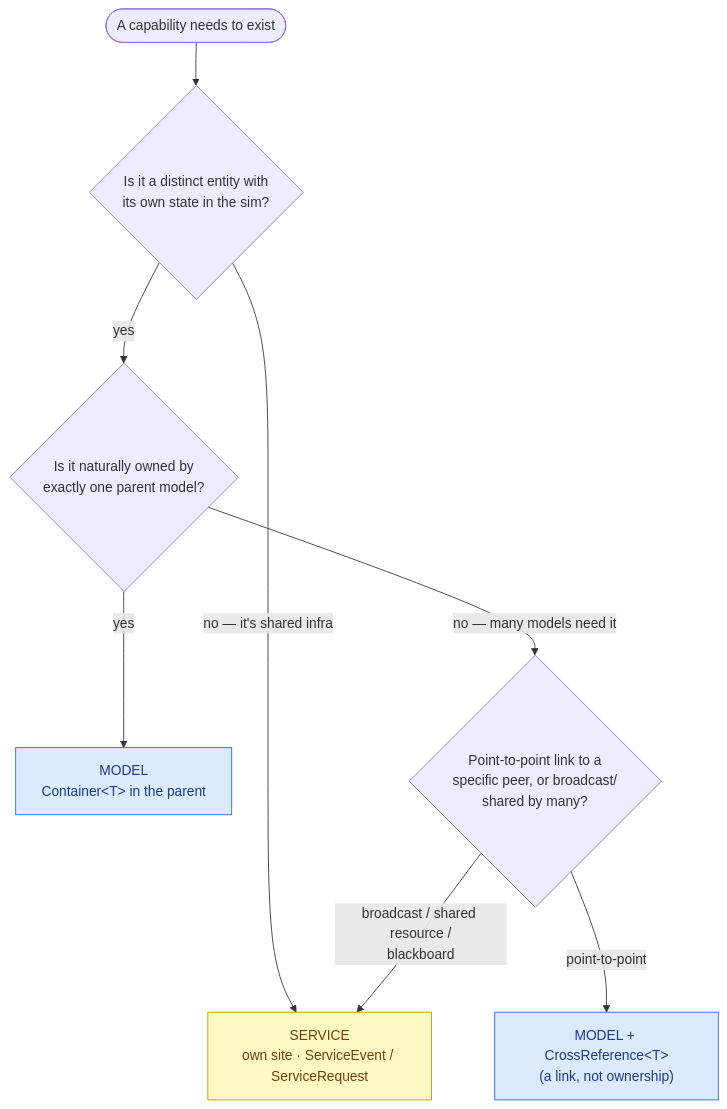
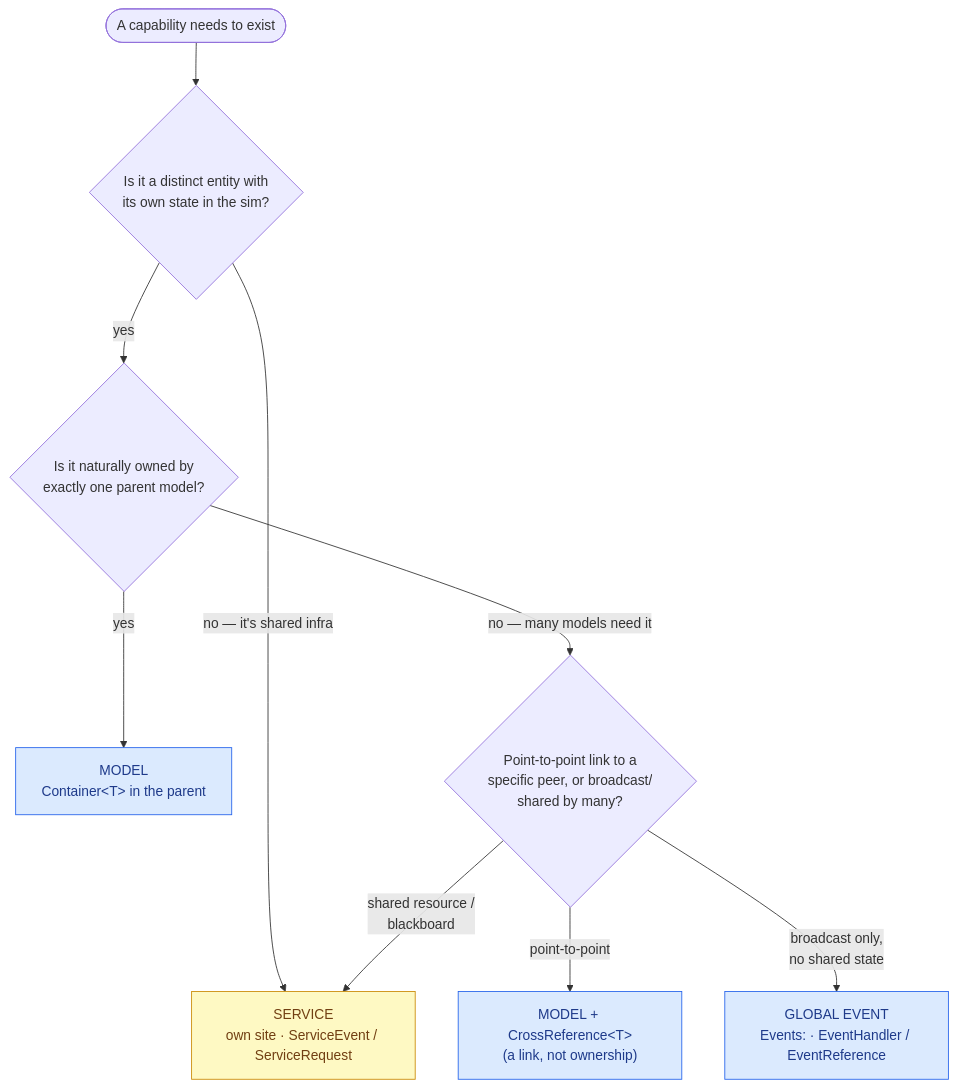
The second of 2 diagrams in public/content/model-vs-service.md (SimulaSharp-org/simulasharp-docs), drawn with Mermaid before and after one commit. The commit also changed other lines of this file and 3 other files, not shown here.

Commit message:
Bring the model, containment and association pages up to 0.5.3, the partial rule, Ref shapes and global events had changed

````diff
--- a/public/content/model-vs-service.md
+++ b/public/content/model-vs-service.md
@@ -62,17 +65,18 @@
 ```mermaid
 flowchart TD
   START(["A capability needs to exist"]) --> Q1
   Q1{"Is it a distinct entity with<br/>its own state in the sim?"}
   Q1 -->|"no — it's shared infra"| SVC
   Q1 -->|"yes"| Q2
   Q2{"Is it naturally owned by<br/>exactly one parent model?"}
   Q2 -->|"yes"| MODEL["MODEL<br/>Container&lt;T&gt; in the parent"]
   Q2 -->|"no — many models need it"| Q3
   Q3{"Point-to-point link to a<br/>specific peer, or broadcast/<br/>shared by many?"}
   Q3 -->|"point-to-point"| REF["MODEL + CrossReference&lt;T&gt;<br/>(a link, not ownership)"]
-  Q3 -->|"broadcast / shared resource /<br/>blackboard"| SVC["SERVICE<br/>own site · ServiceEvent / ServiceRequest"]
+  Q3 -->|"shared resource /<br/>blackboard"| SVC["SERVICE<br/>own site · ServiceEvent / ServiceRequest"]
+  Q3 -->|"broadcast only,<br/>no shared state"| EVT["GLOBAL EVENT<br/>Events: · EventHandler / EventReference"]
   classDef m fill:#dbeafe,stroke:#2563eb,color:#1e3a8a;
   classDef s fill:#fef9c3,stroke:#ca8a04,color:#713f12;
-  class MODEL,REF m;
+  class MODEL,REF,EVT m;
   class SVC s;
 ```
````
